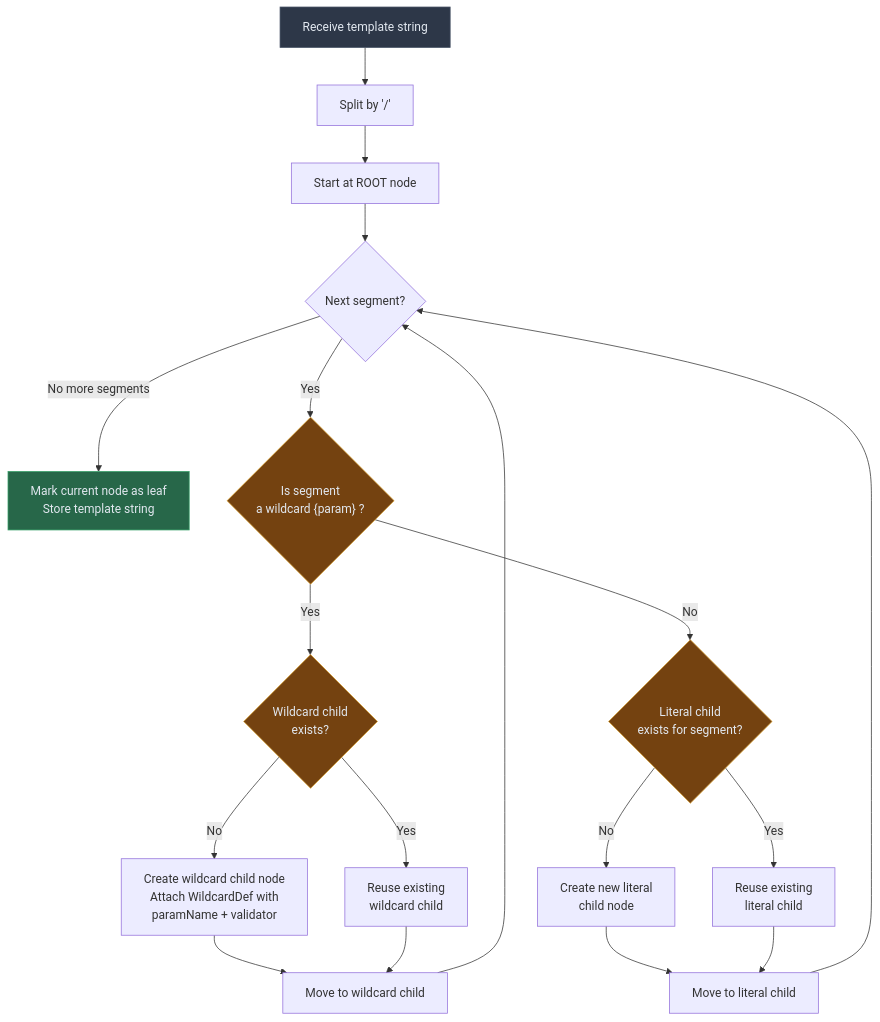
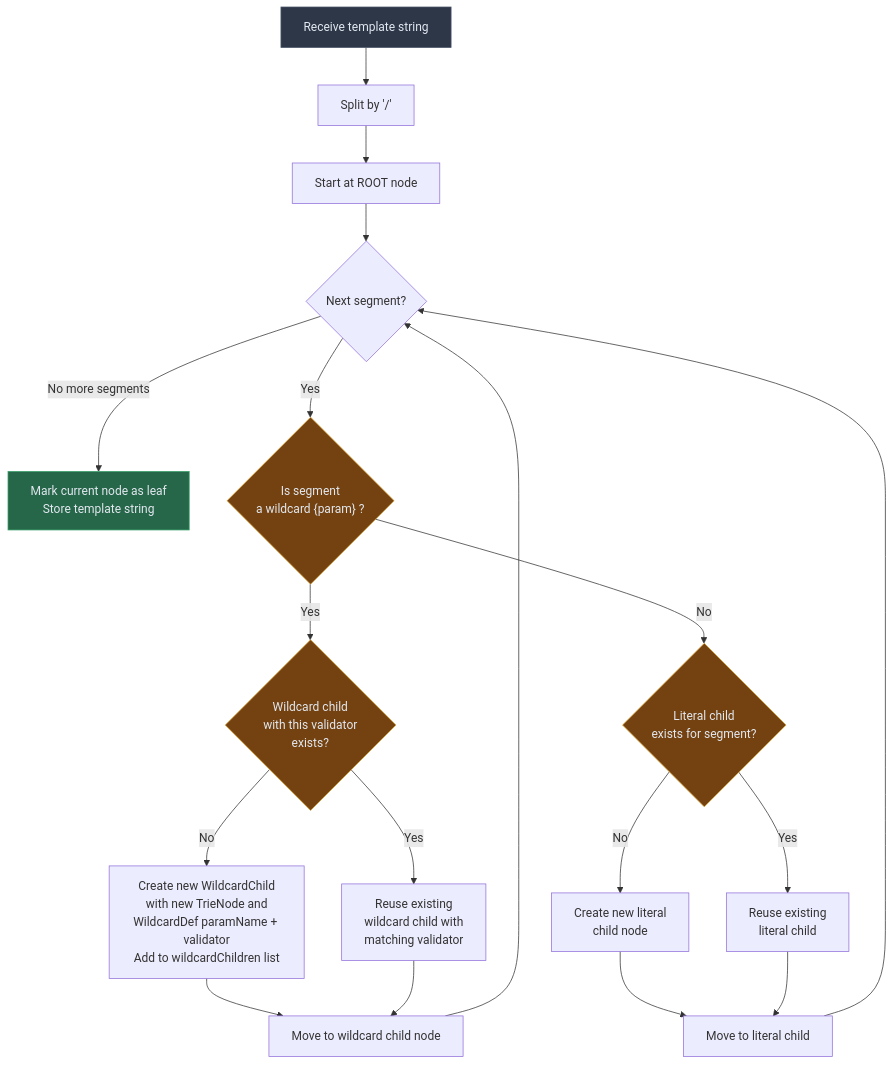
The first of 3 diagrams in README.md (Secful/url_learning_v2), drawn with Mermaid before and after one commit. The commit also changed other lines of this file, not shown here.

````diff
--- a/README.md
+++ b/README.md
@@ -186,26 +198,26 @@
 ```mermaid
 flowchart TD
     A[Receive template string] --> B[Split by '/']
     B --> C[Start at ROOT node]
     C --> D{Next segment?}
     D -- No more segments --> E[Mark current node as leaf<br/>Store template string]
     D -- Yes -->     F{"Is segment<br/>a wildcard #lbrace;param#rbrace; ?"}
-    F -- Yes --> G{Wildcard child<br/>exists?}
-    G -- No --> H["Create wildcard child node<br/>Attach WildcardDef with<br/>paramName + validator"]
-    G -- Yes --> I["Reuse existing<br/>wildcard child"]
-    H --> J[Move to wildcard child]
+    F -- Yes --> G{Wildcard child<br/>with this validator<br/>exists?}
+    G -- No --> H["Create new WildcardChild<br/>with new TrieNode and<br/>WildcardDef paramName + validator<br/>Add to wildcardChildren list"]
+    G -- Yes --> I["Reuse existing<br/>wildcard child with<br/>matching validator"]
+    H --> J[Move to wildcard child node]
     I --> J
     J --> D
     F -- No --> K{Literal child<br/>exists for segment?}
     K -- No --> L[Create new literal<br/>child node]
     K -- Yes --> M[Reuse existing<br/>literal child]
     L --> N[Move to literal child]
     M --> N
     N --> D
 
     style A fill:#2d3748,stroke:#4a5568,color:#e2e8f0
     style E fill:#276749,stroke:#38a169,color:#e2e8f0
     style F fill:#744210,stroke:#d69e2e,color:#e2e8f0
     style K fill:#744210,stroke:#d69e2e,color:#e2e8f0
     style G fill:#744210,stroke:#d69e2e,color:#e2e8f0
 ```
````
